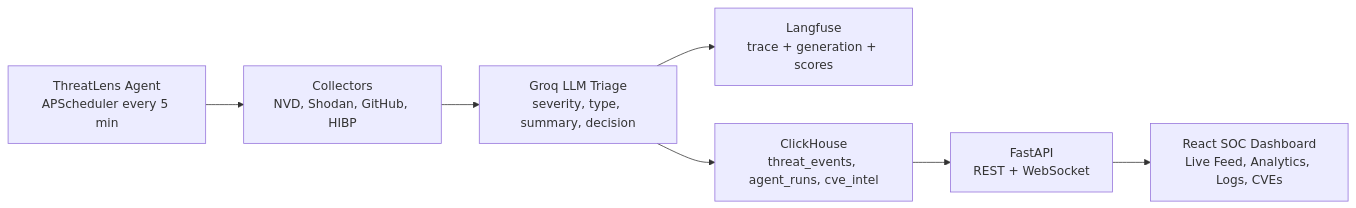
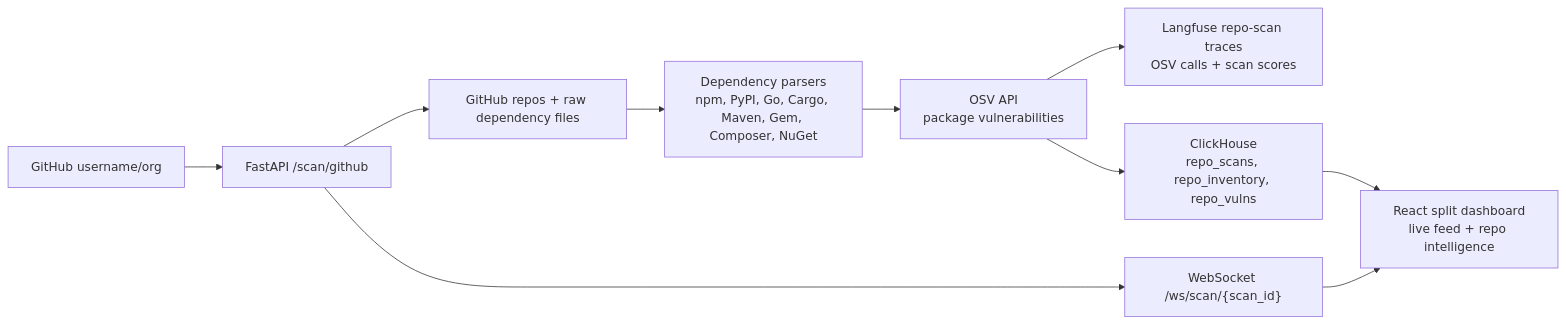
The diagram in README.md (hafnium-ham/ThreatLens), drawn with Mermaid before and after one commit. The commit also changed other lines of this file, not shown here.

Commit message:
improve: align docs with repo scanner pivot

````diff
--- a/README.md
+++ b/README.md
@@ -15,9 +18,12 @@
 ```mermaid
 flowchart LR
-  Agent["ThreatLens Agent<br/>APScheduler every 5 min"] --> Collectors["Collectors<br/>NVD, Shodan, GitHub, HIBP"]
-  Collectors --> Triage["Groq LLM Triage<br/>severity, type, summary, decision"]
-  Triage --> Langfuse["Langfuse<br/>trace + generation + scores"]
-  Triage --> ClickHouse["ClickHouse<br/>threat_events, agent_runs, cve_intel"]
-  ClickHouse --> API["FastAPI<br/>REST + WebSocket"]
-  API --> Dashboard["React SOC Dashboard<br/>Live Feed, Analytics, Logs, CVEs"]
+  User["GitHub username/org"] --> API["FastAPI /scan/github"]
+  API --> GitHub["GitHub repos + raw dependency files"]
+  GitHub --> Parser["Dependency parsers<br/>npm, PyPI, Go, Cargo, Maven, Gem, Composer, NuGet"]
+  Parser --> OSV["OSV API<br/>package vulnerabilities"]
+  OSV --> Langfuse["Langfuse repo-scan traces<br/>OSV calls + scan scores"]
+  OSV --> ClickHouse["ClickHouse<br/>repo_scans, repo_inventory, repo_vulns"]
+  ClickHouse --> Dashboard["React split dashboard<br/>live feed + repo intelligence"]
+  API --> WS["WebSocket /ws/scan/{scan_id}"]
+  WS --> Dashboard
 ```
````
